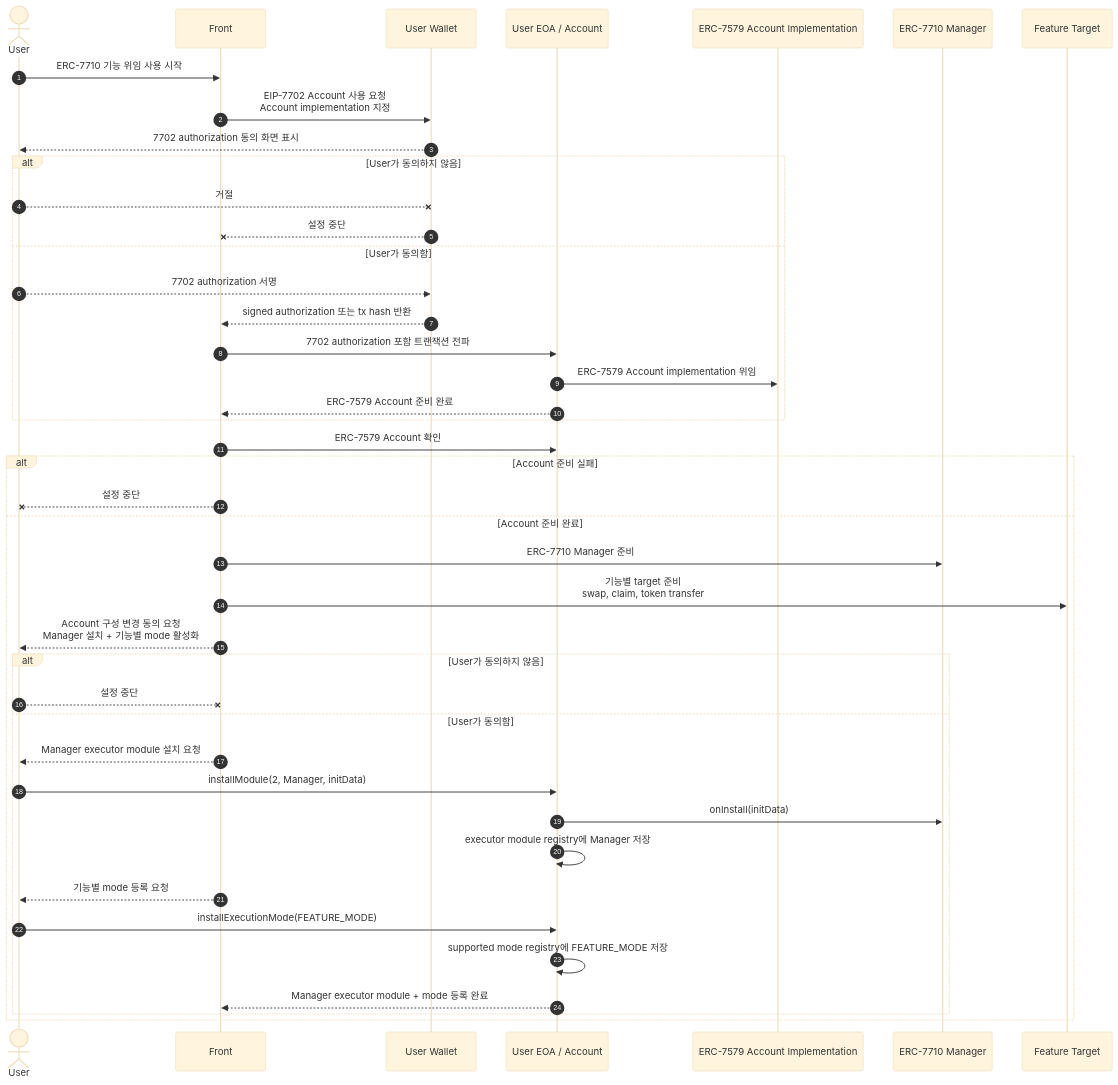
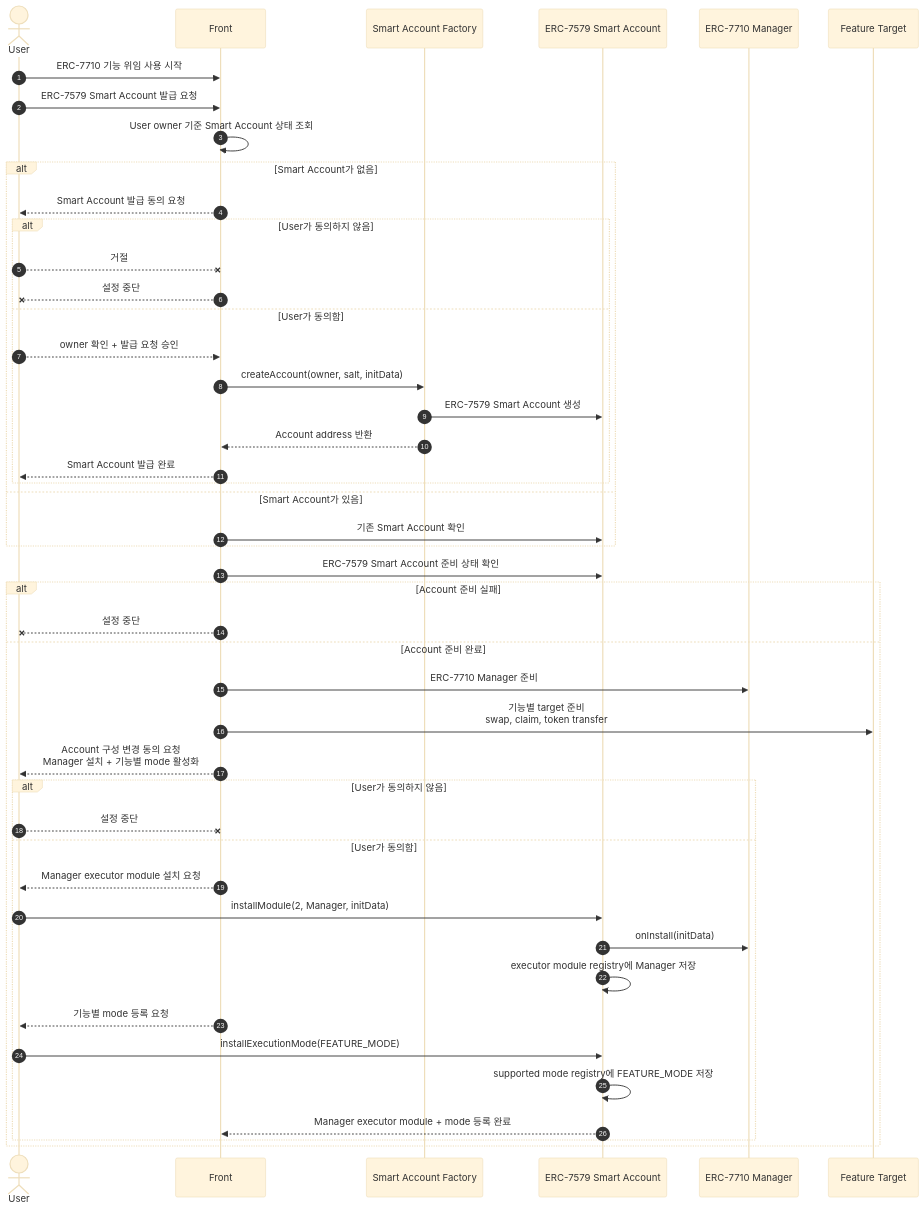
One commit to Se0ng1/ERC-research changed the first of 4 diagrams in ERC-7710/docs/erc-7710-mock-flow.md. Above: the diagram before and after it, drawn with Mermaid (base theme). The commit also changed other lines of this file, not shown here.

Commit message:
chore: docs flow 수정

````diff
--- a/ERC-7710/docs/erc-7710-mock-flow.md
+++ b/ERC-7710/docs/erc-7710-mock-flow.md
@@ -13,48 +13,52 @@
 ```mermaid
 sequenceDiagram
     autonumber
     actor User as User
     participant Front as Front
-    participant Wallet as User Wallet
-    participant Account as User EOA / Account
-    participant Impl as ERC-7579 Account Implementation
+    participant Factory as Smart Account Factory
+    participant Account as ERC-7579 Smart Account
     participant Manager as ERC-7710 Manager
     participant Target as Feature Target
 
     User->>Front: ERC-7710 기능 위임 사용 시작
-    Front->>Wallet: EIP-7702 Account 사용 요청<br/>Account implementation 지정
-    Wallet-->>User: 7702 authorization 동의 화면 표시
-    alt User가 동의하지 않음
-        User--x Wallet: 거절
-        Wallet--x Front: 설정 중단
-    else User가 동의함
-        User-->>Wallet: 7702 authorization 서명
-        Wallet-->>Front: signed authorization 또는 tx hash 반환
-        Front->>Account: 7702 authorization 포함 트랜잭션 전파
-        Account->>Impl: ERC-7579 Account implementation 위임
-        Account-->>Front: ERC-7579 Account 준비 완료
+    User->>Front: ERC-7579 Smart Account 발급 요청
+    Front->>Front: User owner 기준 Smart Account 상태 조회
+    alt Smart Account가 없음
+        Front-->>User: Smart Account 발급 동의 요청
+        alt User가 동의하지 않음
+            User--x Front: 거절
+            Front--x User: 설정 중단
+        else User가 동의함
+            User-->>Front: owner 확인 + 발급 요청 승인
+            Front->>Factory: createAccount(owner, salt, initData)
+            Factory->>Account: ERC-7579 Smart Account 생성
+            Factory-->>Front: Account address 반환
+            Front-->>User: Smart Account 발급 완료
+        end
+    else Smart Account가 있음
+        Front->>Account: 기존 Smart Account 확인
     end
 
-    Front->>Account: ERC-7579 Account 확인
+    Front->>Account: ERC-7579 Smart Account 준비 상태 확인
     alt Account 준비 실패
         Front--x User: 설정 중단
     else Account 준비 완료
         Front->>Manager: ERC-7710 Manager 준비
         Front->>Target: 기능별 target 준비<br/>swap, claim, token transfer
 
         Front-->>User: Account 구성 변경 동의 요청<br/>Manager 설치 + 기능별 mode 활성화
         alt User가 동의하지 않음
             User--x Front: 설정 중단
         else User가 동의함
             Front-->>User: Manager executor module 설치 요청
             User->>Account: installModule(2, Manager, initData)
             Account->>Manager: onInstall(initData)
             Account->>Account: executor module registry에 Manager 저장
 
             Front-->>User: 기능별 mode 등록 요청
             User->>Account: installExecutionMode(FEATURE_MODE)
             Account->>Account: supported mode registry에 FEATURE_MODE 저장
             Account-->>Front: Manager executor module + mode 등록 완료
         end
     end
 ```
````
